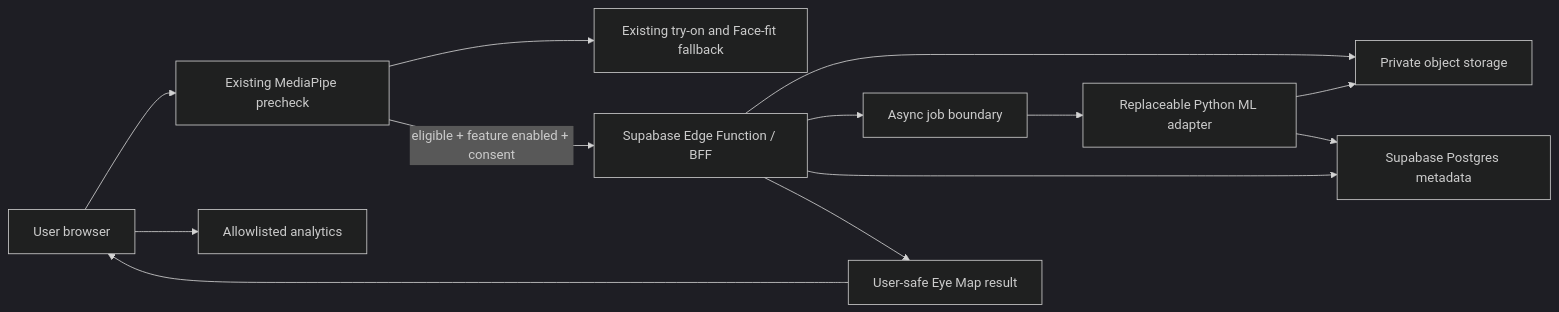
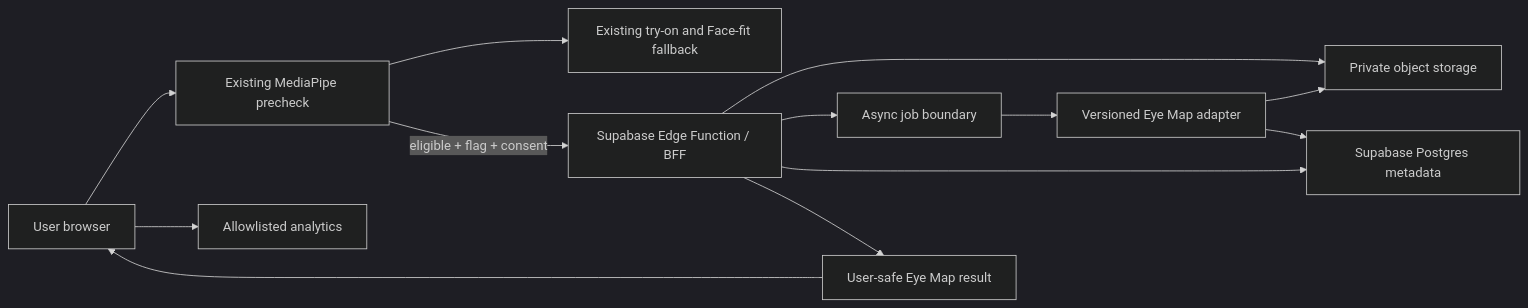
The third of 4 diagrams in docs/architecture/periorbital-eye-map.md (nikv98402-commits/optica-shop), drawn with Mermaid (dark theme) before and after one commit. The commit also changed other lines of this file and 15 other files, not shown here.

Commit message:
feat: implement Eye Map sprint zero gates

````diff
--- a/docs/architecture/periorbital-eye-map.md
+++ b/docs/architecture/periorbital-eye-map.md
@@ -5,15 +55,15 @@
 ```mermaid
 flowchart LR
     U["User browser"] --> MP["Existing MediaPipe precheck"]
     MP --> T["Existing try-on and Face-fit fallback"]
-    MP -->|eligible + feature enabled + consent| BFF["Supabase Edge Function / BFF"]
+    MP -->|eligible + flag + consent| BFF["Supabase Edge Function / BFF"]
     BFF --> OS["Private object storage"]
     BFF --> Q["Async job boundary"]
-    Q --> ML["Replaceable Python ML adapter"]
+    Q --> ML["Versioned Eye Map adapter"]
     ML --> OS
     ML --> DB["Supabase Postgres metadata"]
     BFF --> DB
     BFF --> R["User-safe Eye Map result"]
     R --> U
     U --> A["Allowlisted analytics"]
 ```
````
